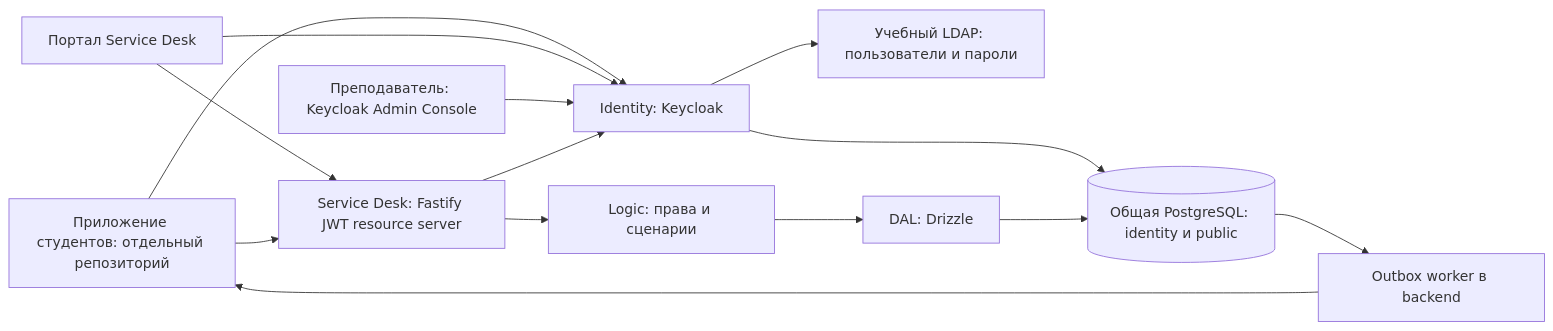
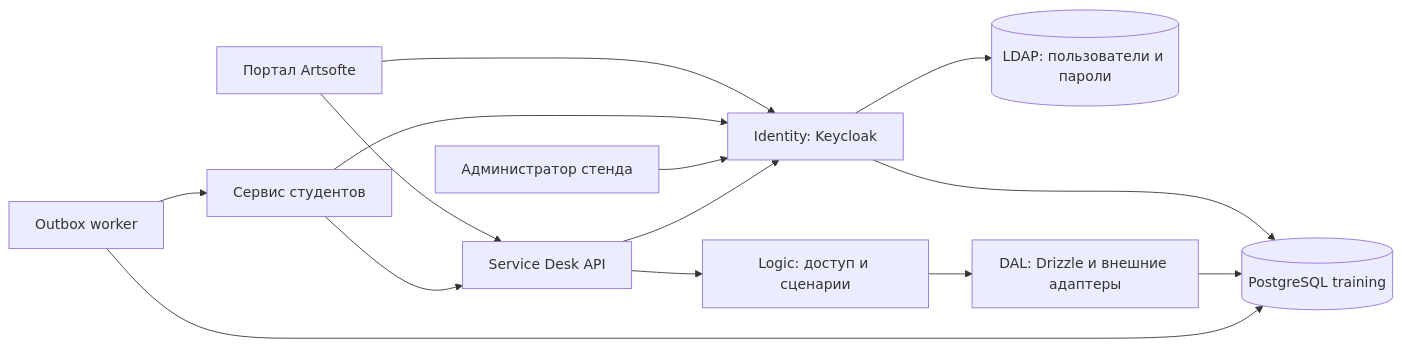
Before and after one commit to vtyric/training-desk: the diagram in docs/architecture/README.md, drawn with Mermaid. The commit also changed other lines of this file and 50 other files, not shown here.

````diff
--- a/docs/architecture/README.md
+++ b/docs/architecture/README.md
@@ -16,16 +7,16 @@
 ```mermaid
 flowchart LR
-    Student[Приложение студентов: отдельный репозиторий] --> Identity[Identity: Keycloak]
-    TestUI[Портал Service Desk] --> Identity
-    TestUI --> API
-    Admin[Преподаватель: Keycloak Admin Console] --> Identity
-    Identity --> LDAP[Учебный LDAP: пользователи и пароли]
-    Identity --> DeskDB[(Общая PostgreSQL: identity и public)]
-    Student --> API[Service Desk: Fastify JWT resource server]
+    Portal[Портал Artsofte] --> Identity[Identity: Keycloak]
+    Student[Сервис студентов] --> Identity
+    Admin[Администратор стенда] --> Identity
+    Identity --> LDAP[(LDAP: пользователи и пароли)]
+    Identity --> DB[(PostgreSQL training)]
+    Portal --> API[Service Desk API]
+    Student --> API
+    API --> Logic[Logic: доступ и сценарии]
+    Logic --> DAL[DAL: Drizzle и внешние адаптеры]
+    DAL --> DB
     API --> Identity
-    API --> Logic[Logic: права и сценарии]
-    Logic --> DAL[DAL: Drizzle]
-    DAL --> DeskDB
-    DeskDB --> Worker[Outbox worker в backend]
+    Worker[Outbox worker] --> DB
     Worker --> Student
 ```
````
